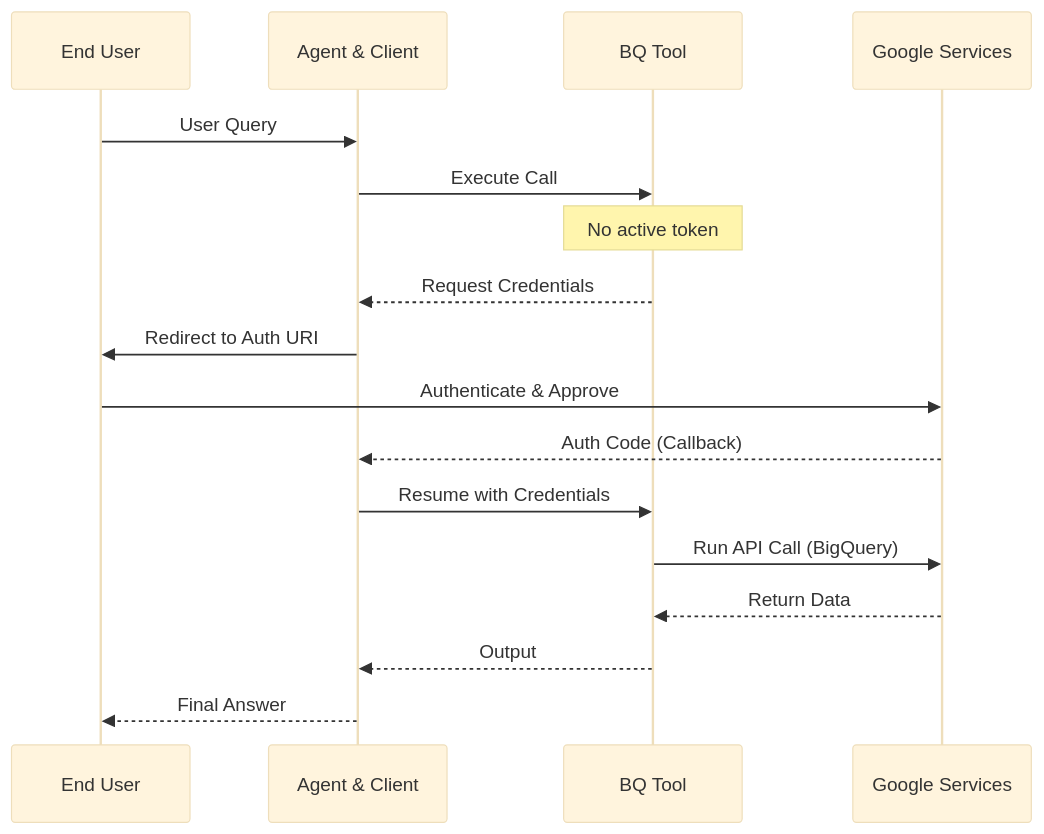
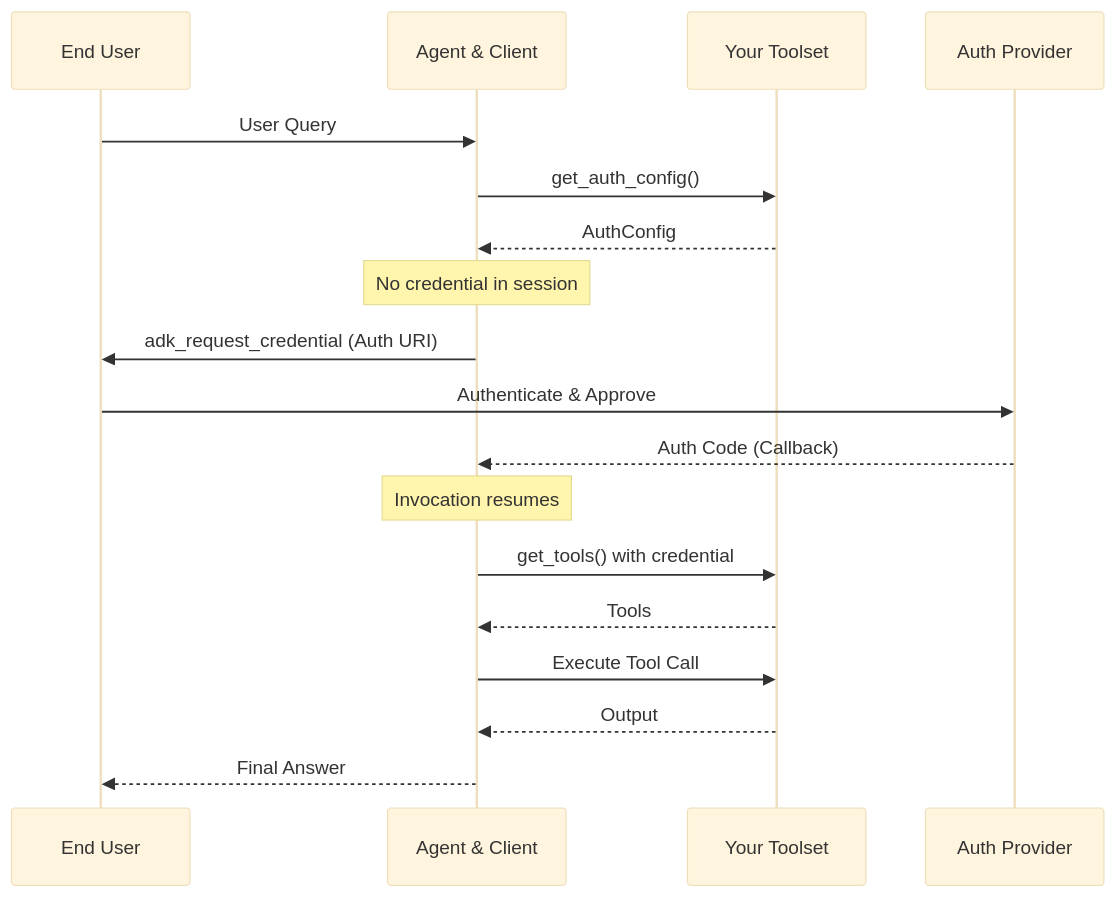
Before and after one commit to google/adk-docs: the diagram in docs/tools-custom/authentication.md, drawn with Mermaid. The commit also changed other lines of this file, not shown here.

Commit message:
Update authentication.md
Applied feedback

````diff
--- a/docs/tools-custom/authentication.md
+++ b/docs/tools-custom/authentication.md
@@ -434,24 +447,26 @@
 ```mermaid
 %%{init: {"theme": "base", "themeVariables": {"fontFamily": "Google Sans, Roboto, sans-serif"}}}%%
 sequenceDiagram
     participant User as End User
     participant Agent as Agent & Client
-    participant Tool as BQ Tool
-    participant Google as Google Services
+    participant Toolset as Your Toolset
+    participant Provider as Auth Provider
 
     User->>Agent: User Query
-    Agent->>Tool: Execute Call
-    
-    Note over Tool: No active token
-    
-    Tool-->>Agent: Request Credentials
-    Agent->>User: Redirect to Auth URI
-    User->>Google: Authenticate & Approve
-    Google-->>Agent: Auth Code (Callback)
-    
-    Agent->>Tool: Resume with Credentials
-    Tool->>Google: Run API Call (BigQuery)
-    Google-->>Tool: Return Data
-    Tool-->>Agent: Output
+    Agent->>Toolset: get_auth_config()
+    Toolset-->>Agent: AuthConfig
+
+    Note over Agent: No credential in session
+
+    Agent->>User: adk_request_credential (Auth URI)
+    User->>Provider: Authenticate & Approve
+    Provider-->>Agent: Auth Code (Callback)
+
+    Note over Agent: Invocation resumes
+
+    Agent->>Toolset: get_tools() with credential
+    Toolset-->>Agent: Tools
+    Agent->>Toolset: Execute Tool Call
+    Toolset-->>Agent: Output
     Agent-->>User: Final Answer
 ```
````
